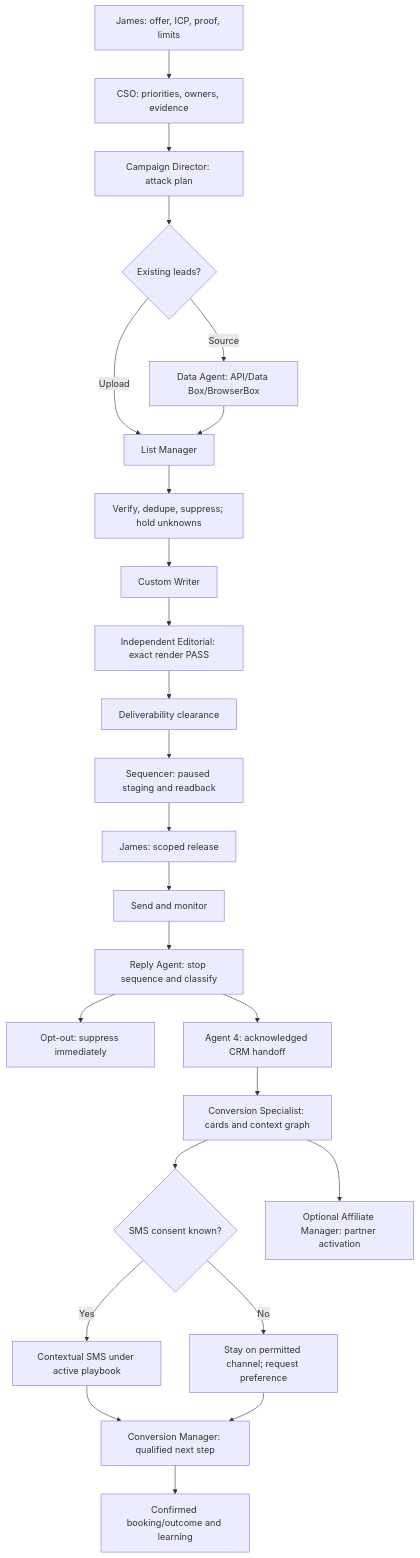
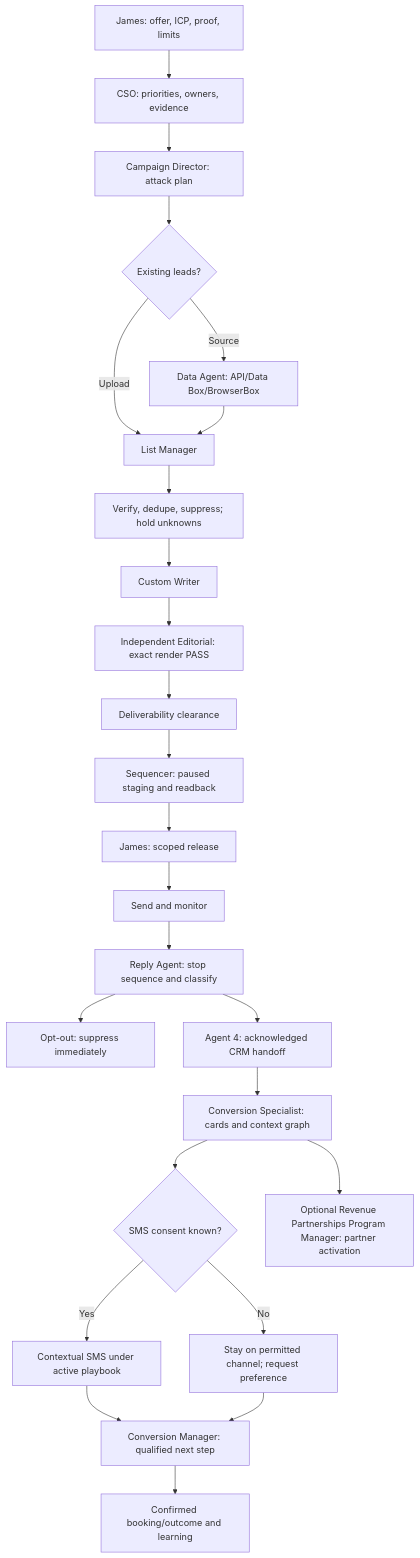
One commit to jbellsolutions/james-camp-ai-guy-gtm changed the diagram in docs/WORKFLOW.md. Above: the diagram before and after it, drawn with Mermaid. The commit also changed 24 other files, not shown here.

Commit message:
Showcase revenue partner repos and narrated relationship walkthrough

````diff
--- a/docs/WORKFLOW.md
+++ b/docs/WORKFLOW.md
@@ -3,27 +3,27 @@
 ```mermaid
 flowchart TD
   A[James: offer, ICP, proof, limits] --> CSO[CSO: priorities, owners, evidence]
   CSO --> B[Campaign Director: attack plan]
   B --> C{Existing leads?}
   C -->|Upload| D[List Manager]
   C -->|Source| E[Data Agent: API/Data Box/BrowserBox]
   E --> D
   D --> F[Verify, dedupe, suppress; hold unknowns]
   F --> G[Custom Writer]
   G --> H[Independent Editorial: exact render PASS]
   H --> I[Deliverability clearance]
   I --> J[Sequencer: paused staging and readback]
   J --> K[James: scoped release]
   K --> L[Send and monitor]
   L --> M[Reply Agent: stop sequence and classify]
   M --> N[Opt-out: suppress immediately]
   M --> O[Agent 4: acknowledged CRM handoff]
   O --> P[Conversion Specialist: cards and context graph]
   P --> Q{SMS consent known?}
   Q -->|No| R[Stay on permitted channel; request preference]
   Q -->|Yes| S[Contextual SMS under active playbook]
   S --> T[Conversion Manager: qualified next step]
   R --> T
-  P --> U[Optional Affiliate Manager: partner activation]
+  P --> U[Optional Revenue Partnerships Program Manager: partner activation]
   T --> V[Confirmed booking/outcome and learning]
 ```
````
